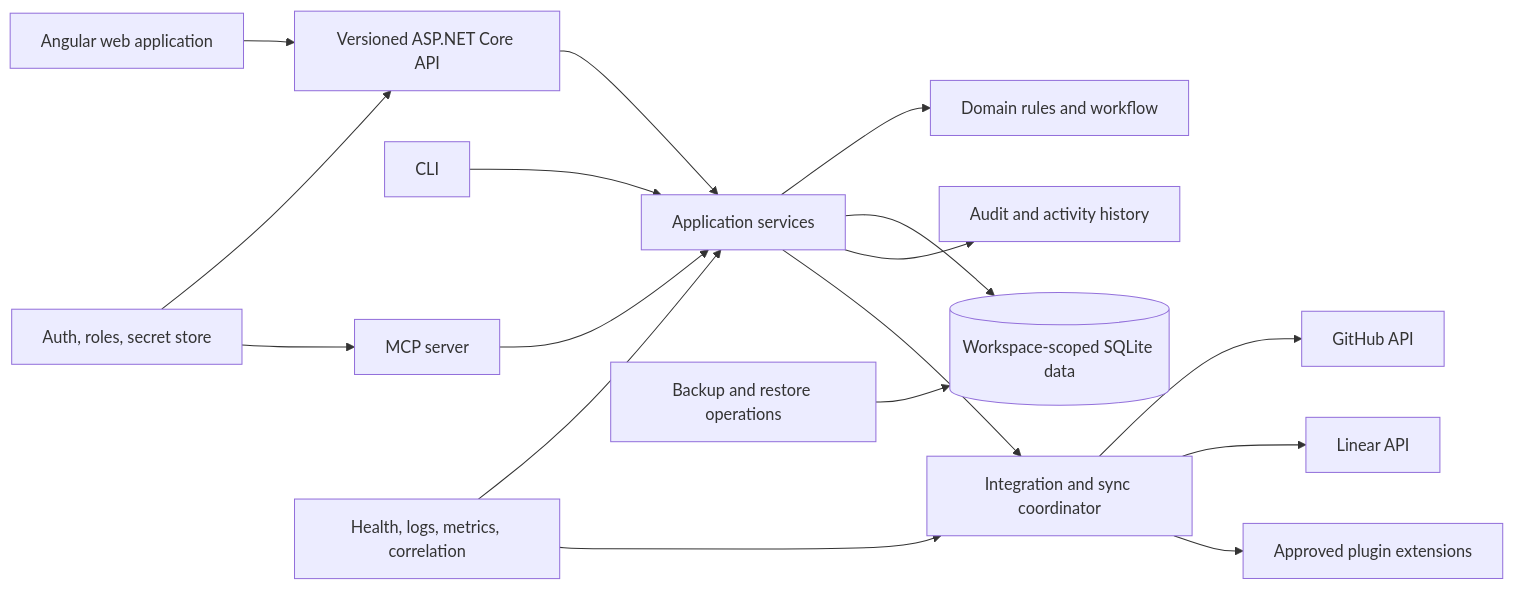
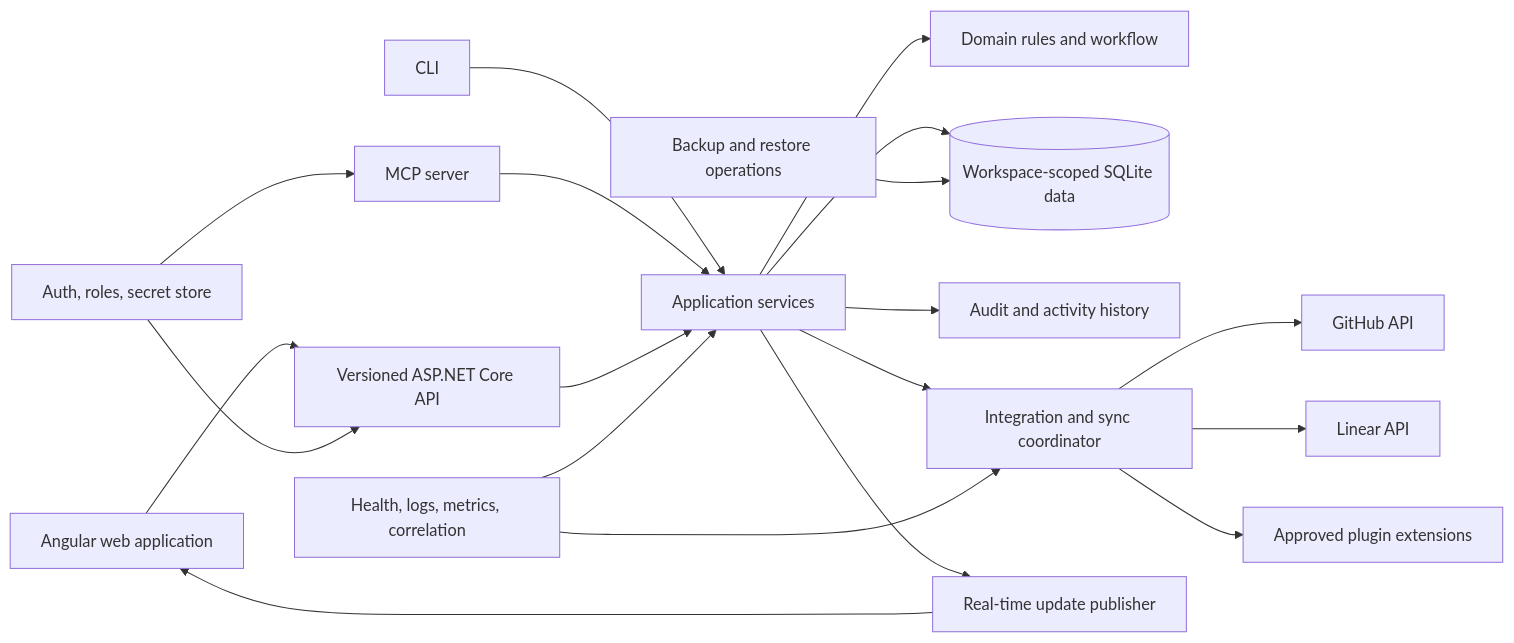
Before and after one commit to sommmen/Anvilboard: the second of 3 diagrams in docs/anvilboard/prd.md, drawn with Mermaid. The commit also changed other lines of this file and 9 other files, not shown here.

````diff
--- a/docs/anvilboard/prd.md
+++ b/docs/anvilboard/prd.md
@@ -321,19 +333,21 @@
 ```mermaid
 graph LR
     W[Angular web application] --> A[Versioned ASP.NET Core API]
     C[CLI] --> APP[Application services]
     M[MCP server] --> APP
     A --> APP
     APP --> D[Domain rules and workflow]
     APP --> DB[(Workspace-scoped SQLite data)]
     APP --> AUD[Audit and activity history]
     APP --> SYNC[Integration and sync coordinator]
     SYNC --> GH[GitHub API]
     SYNC --> LI[Linear API]
     SYNC --> PLUG[Approved plugin extensions]
     SEC[Auth, roles, secret store] --> A
     SEC --> M
     OBS[Health, logs, metrics, correlation] --> APP
     OBS --> SYNC
     BAK[Backup and restore operations] --> DB
+    APP --> RT[Real-time update publisher]
+    RT --> W
 ```
````
